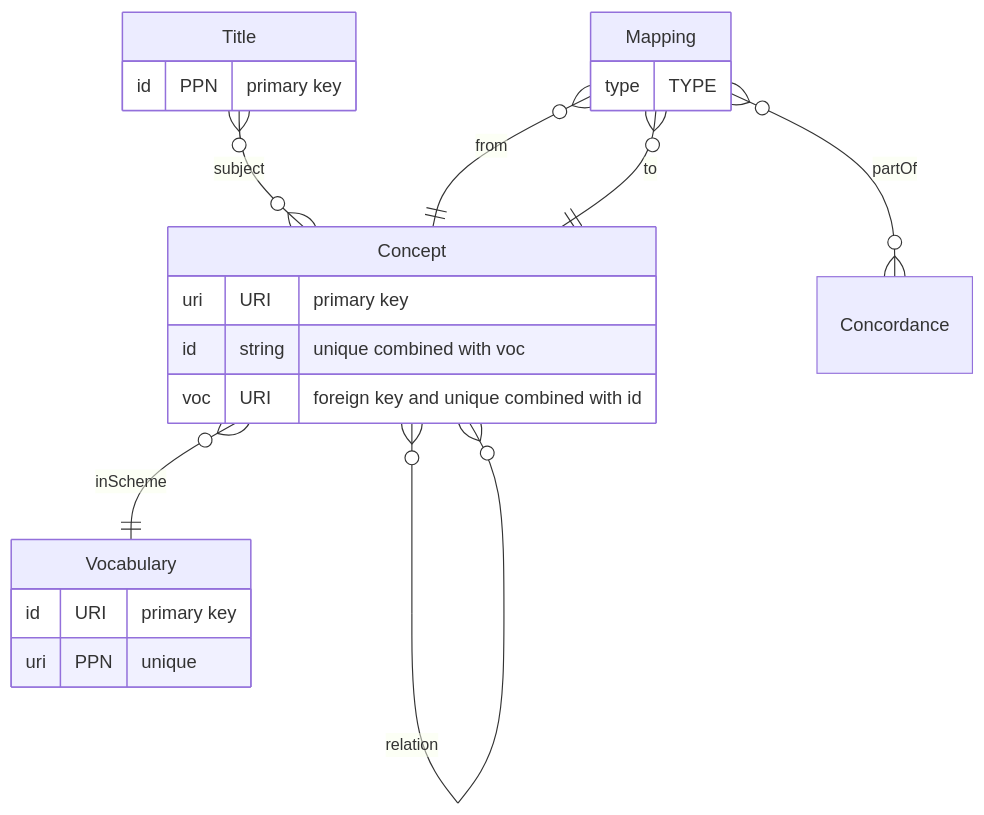
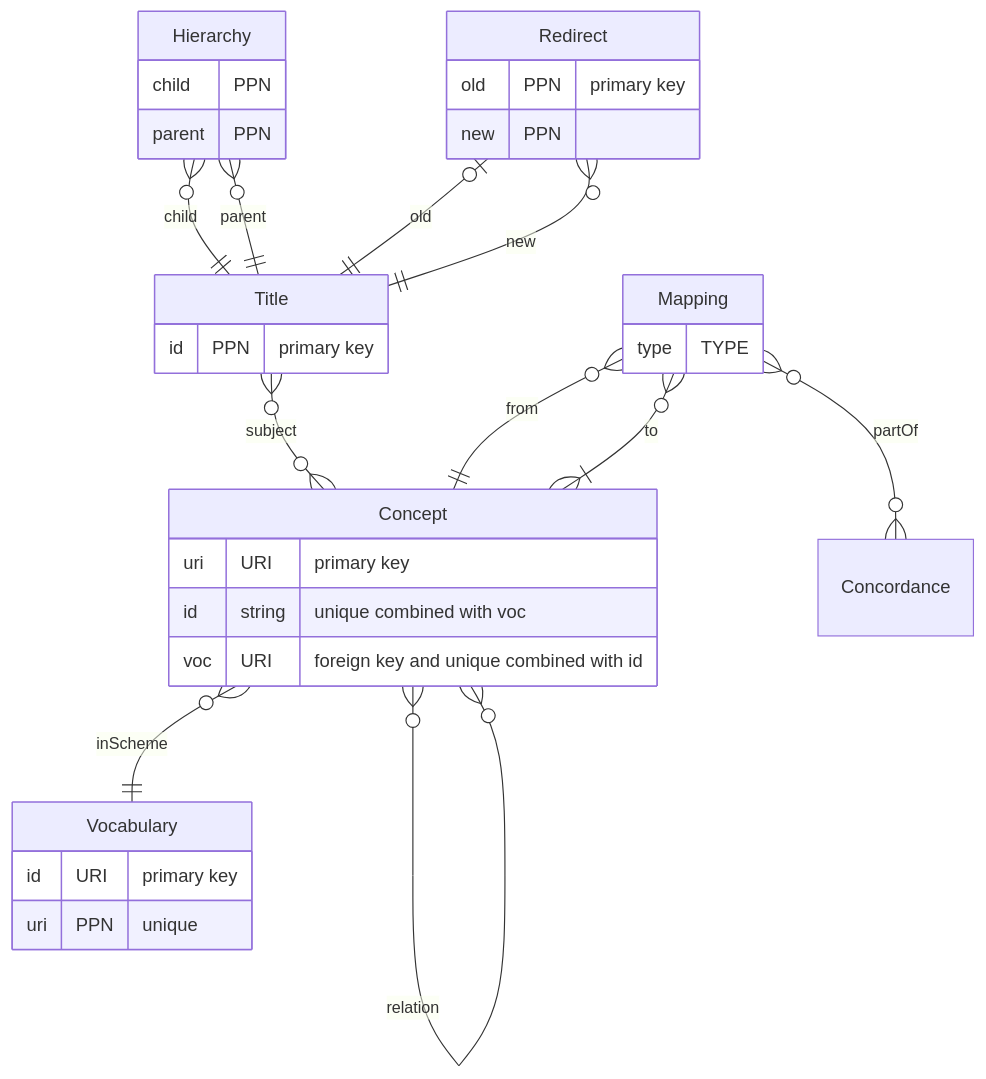
The diagram in model.mmd (gbv/k10plus-subjects), drawn with Mermaid before and after one commit. The commit also changed 1 other file, not shown here.

Commit message:
Extend diagram

```diff
--- a/model.mmd
+++ b/model.mmd
@@ -1,24 +1,36 @@
 erDiagram
     Title {
         id PPN "primary key"
     }
+    Hierarchy {
+        child PPN
+        parent PPN
+    }
+    Hierarchy }o--|| Title : "child"
+    Hierarchy }o--|| Title : "parent"
+    Redirect {
+        old PPN "primary key"
+        new PPN
+    }
+    Redirect |o--|| Title : "old"
+    Redirect }o--|| Title : "new"
     Vocabulary {
         id URI "primary key"
         uri PPN "unique"
     }
     Concept {
         uri URI "primary key"
         id  string "unique combined with voc"
         voc URI "foreign key and unique combined with id"
     }
     Concept }o--|| Vocabulary : "inScheme"
     Concept }o--o{ Concept : "relation"
     Title }o--o{ Concept : "subject"
-    Mapping { 
+    Mapping {
         type TYPE
     }
-    Mapping }o--|| Concept : "from" 
-    Mapping }o--|| Concept : "to"
+    Mapping }o--|| Concept : "from"
+    Mapping }o--|{ Concept : "to"
     Concordance {
     }
     Mapping }o--o{ Concordance : "partOf"
```
